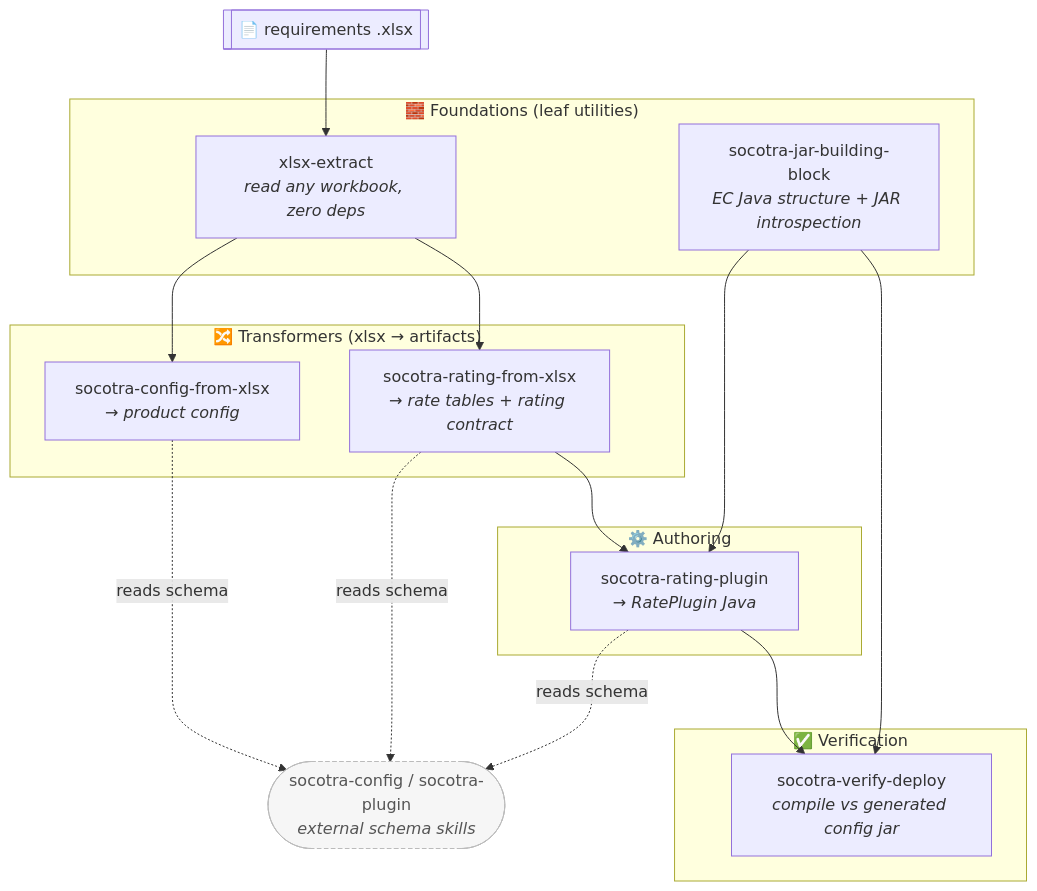
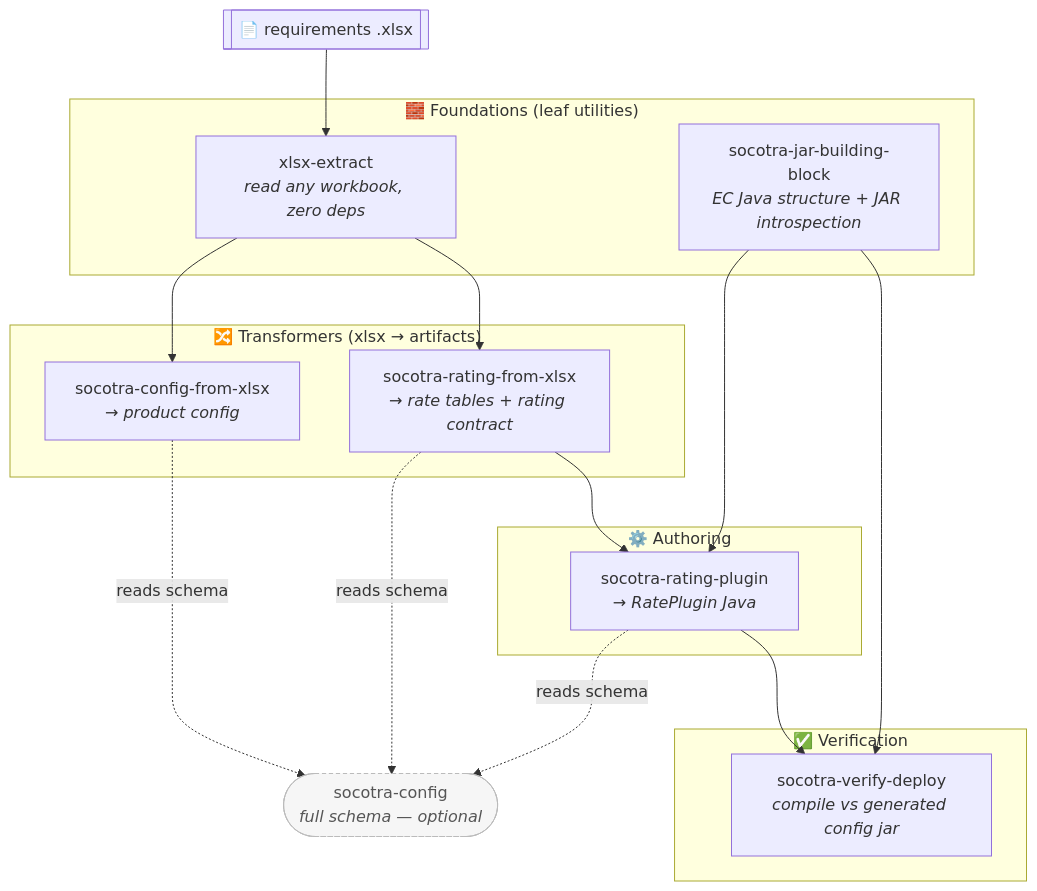
Before and after one commit to joshlawrence-web/socotra-config-toolkit: the diagram in README.md, drawn with Mermaid. The commit also changed other lines of this file and 3 other files, not shown here.

First line of the commit message:
docs: distill config schema into toolkit, drop hard socotra-config dep

````diff
--- a/README.md
+++ b/README.md
@@ -25,37 +25,37 @@
 ```mermaid
 flowchart TD
     XLSX[["📄 requirements .xlsx"]]
 
     subgraph FOUND["🧱 Foundations (leaf utilities)"]
         XE["xlsx-extract<br/><i>read any workbook, zero deps</i>"]
         JBB["socotra-jar-building-block<br/><i>EC Java structure + JAR introspection</i>"]
     end
 
     subgraph XFORM["🔀 Transformers (xlsx → artifacts)"]
         CFX["socotra-config-from-xlsx<br/><i>→ product config</i>"]
         RFX["socotra-rating-from-xlsx<br/><i>→ rate tables + rating contract</i>"]
     end
 
     subgraph AUTHOR["⚙️ Authoring"]
         RP["socotra-rating-plugin<br/><i>→ RatePlugin Java</i>"]
     end
 
     subgraph CHECK["✅ Verification"]
         VD["socotra-verify-deploy<br/><i>compile vs generated config jar</i>"]
     end
 
-    EXT(["socotra-config / socotra-plugin<br/><i>external schema skills</i>"]):::ext
+    EXT(["socotra-config<br/><i>full schema — optional</i>"]):::ext
 
     XLSX --> XE
     XE --> CFX
     XE --> RFX
     CFX -.reads schema.-> EXT
     RFX -.reads schema.-> EXT
     RFX --> RP
     JBB --> RP
     RP -.reads schema.-> EXT
     RP --> VD
     JBB --> VD
 
     classDef ext fill:#f6f6f6,stroke:#bbb,stroke-dasharray:4 3,color:#555;
 ```
````
